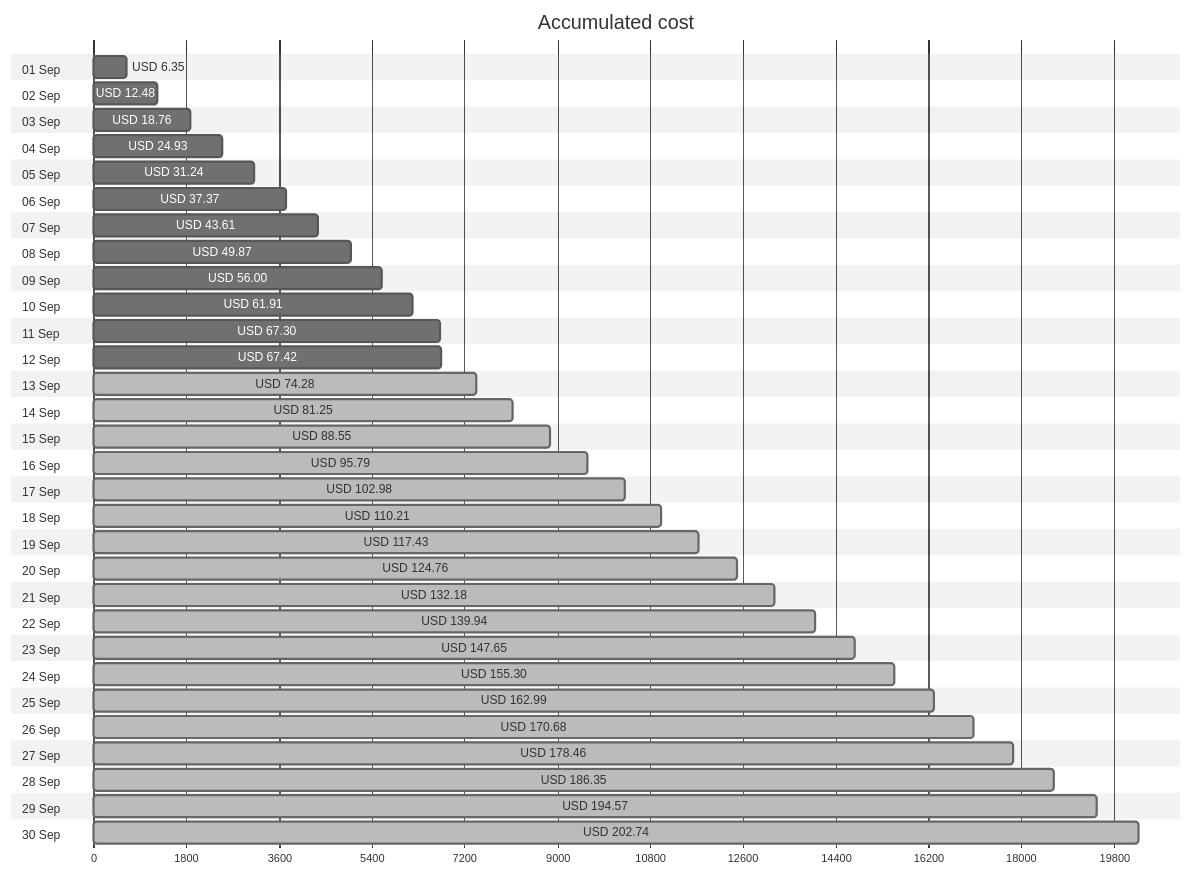
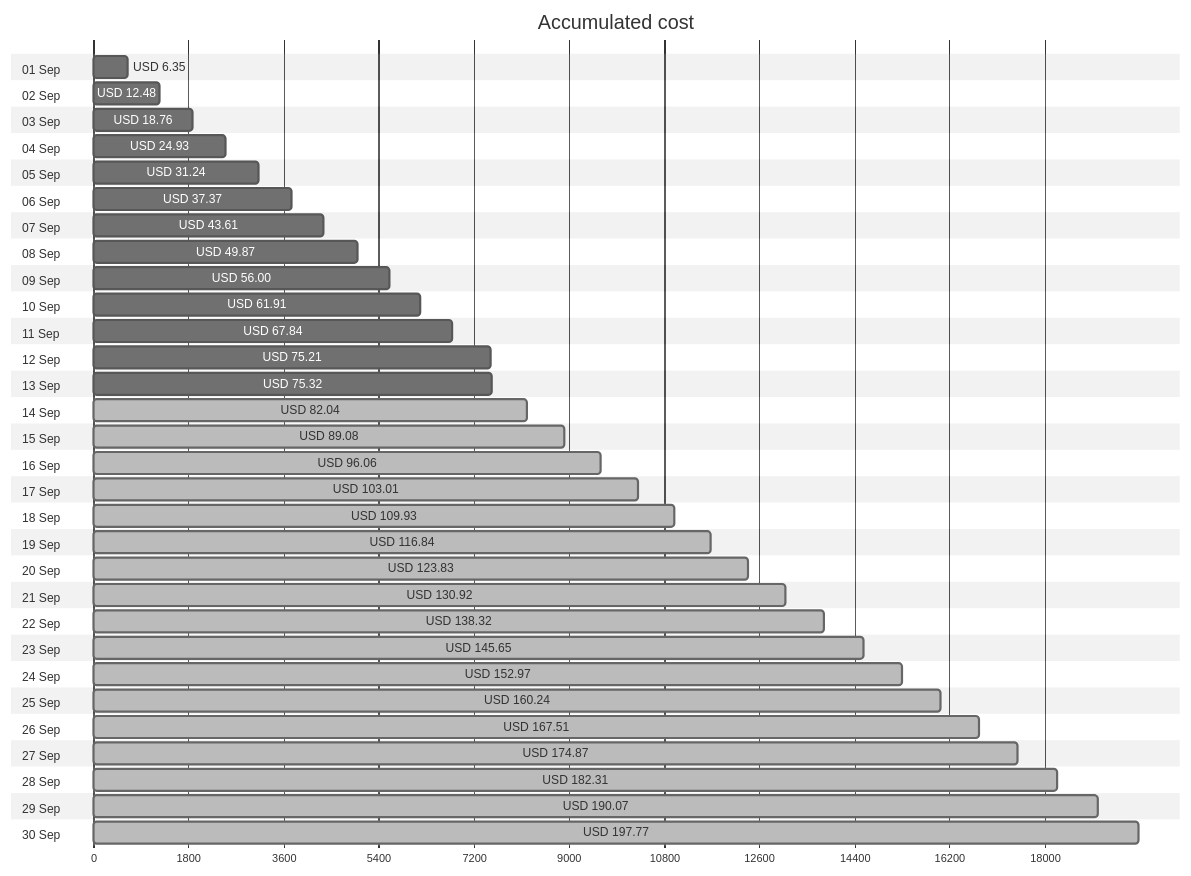
One commit to jpfulton/azure-personal-reports changed the first of 4 diagrams in cost-reports/accumulated-cost.md. Above: the diagram before and after it, drawn with Mermaid (neutral theme). The commit also changed other lines of this file and 2 other files, not shown here.

````diff
--- a/cost-reports/accumulated-cost.md
+++ b/cost-reports/accumulated-cost.md
@@ -20,66 +20,66 @@
 ```mermaid
 gantt
    title Accumulated cost
    dateFormat  X
    axisFormat %s
    section 01 Sep
    USD 6.35 :0, 635
    section 02 Sep
    USD 12.48 :0, 1248
    section 03 Sep
    USD 18.76 :0, 1876
    section 04 Sep
    USD 24.93 :0, 2493
    section 05 Sep
    USD 31.24 :0, 3124
    section 06 Sep
    USD 37.37 :0, 3737
    section 07 Sep
    USD 43.61 :0, 4361
    section 08 Sep
    USD 49.87 :0, 4987
    section 09 Sep
    USD 56.00 :0, 5600
    section 10 Sep
    USD 61.91 :0, 6191
    section 11 Sep
-   USD 67.30 :0, 6730
+   USD 67.84 :0, 6784
    section 12 Sep
-   USD 67.42 :0, 6742
+   USD 75.21 :0, 7521
    section 13 Sep
-   USD 74.28 : done, 0, 7428
+   USD 75.32 :0, 7532
    section 14 Sep
-   USD 81.25 : done, 0, 8125
+   USD 82.04 : done, 0, 8204
    section 15 Sep
-   USD 88.55 : done, 0, 8855
+   USD 89.08 : done, 0, 8908
    section 16 Sep
-   USD 95.79 : done, 0, 9579
+   USD 96.06 : done, 0, 9606
    section 17 Sep
-   USD 102.98 : done, 0, 10298
+   USD 103.01 : done, 0, 10301
    section 18 Sep
-   USD 110.21 : done, 0, 11021
+   USD 109.93 : done, 0, 10993
    section 19 Sep
-   USD 117.43 : done, 0, 11743
+   USD 116.84 : done, 0, 11684
    section 20 Sep
-   USD 124.76 : done, 0, 12476
+   USD 123.83 : done, 0, 12383
    section 21 Sep
-   USD 132.18 : done, 0, 13218
+   USD 130.92 : done, 0, 13092
    section 22 Sep
-   USD 139.94 : done, 0, 13994
+   USD 138.32 : done, 0, 13832
    section 23 Sep
-   USD 147.65 : done, 0, 14765
+   USD 145.65 : done, 0, 14565
    section 24 Sep
-   USD 155.30 : done, 0, 15530
+   USD 152.97 : done, 0, 15297
    section 25 Sep
-   USD 162.99 : done, 0, 16299
+   USD 160.24 : done, 0, 16024
    section 26 Sep
-   USD 170.68 : done, 0, 17068
+   USD 167.51 : done, 0, 16751
    section 27 Sep
-   USD 178.46 : done, 0, 17846
+   USD 174.87 : done, 0, 17487
    section 28 Sep
-   USD 186.35 : done, 0, 18635
+   USD 182.31 : done, 0, 18231
    section 29 Sep
-   USD 194.57 : done, 0, 19457
+   USD 190.07 : done, 0, 19007
    section 30 Sep
-   USD 202.74 : done, 0, 20274
+   USD 197.77 : done, 0, 19777
 ```
````
